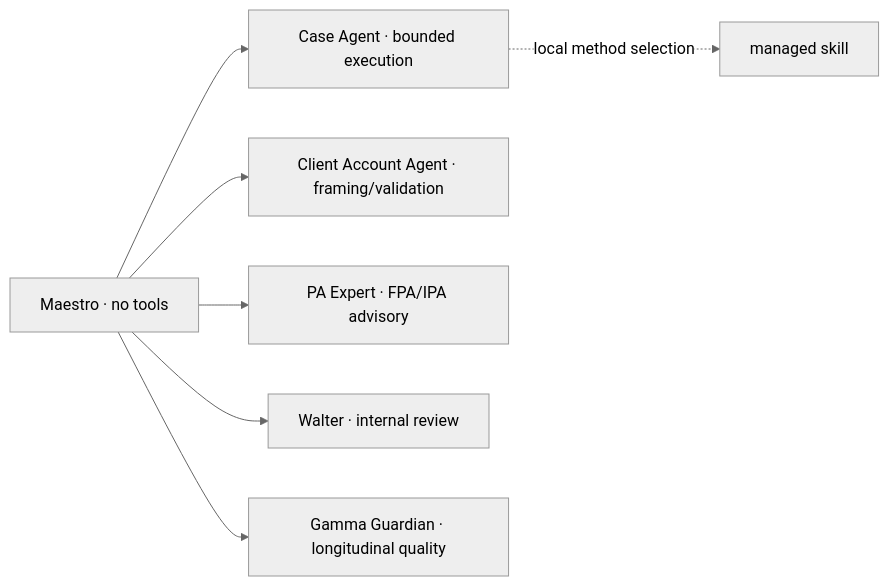
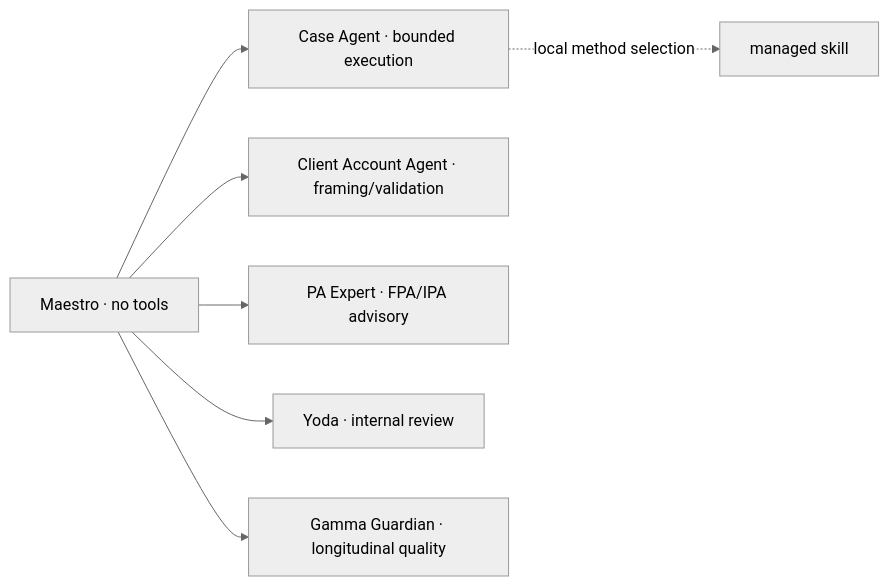
One commit to agentic-os-brasil/bcg-brasil-agentic-os changed the diagram in specs/034-vertical-agents-and-transversal-skills.md. Above: the diagram before and after it, drawn with Mermaid (neutral theme). The commit also changed other lines of this file and 159 other files, not shown here.

First line of the commit message:
refactor: rename Walter → Mestre Yoda 🧙 (persona, package, contracts) (#375)

````diff
--- a/specs/034-vertical-agents-and-transversal-skills.md
+++ b/specs/034-vertical-agents-and-transversal-skills.md
@@ -6,9 +6,9 @@
 ```mermaid
 flowchart LR
   M[Maestro · no tools] --> C[Case Agent · bounded execution]
   M --> A[Client Account Agent · framing/validation]
   M --> P[PA Expert · FPA/IPA advisory]
-  M --> W[Walter · internal review]
+  M --> W[Yoda · internal review]
   M --> G[Gamma Guardian · longitudinal quality]
   C -. local method selection .-> S[managed skill]
 ```
````
